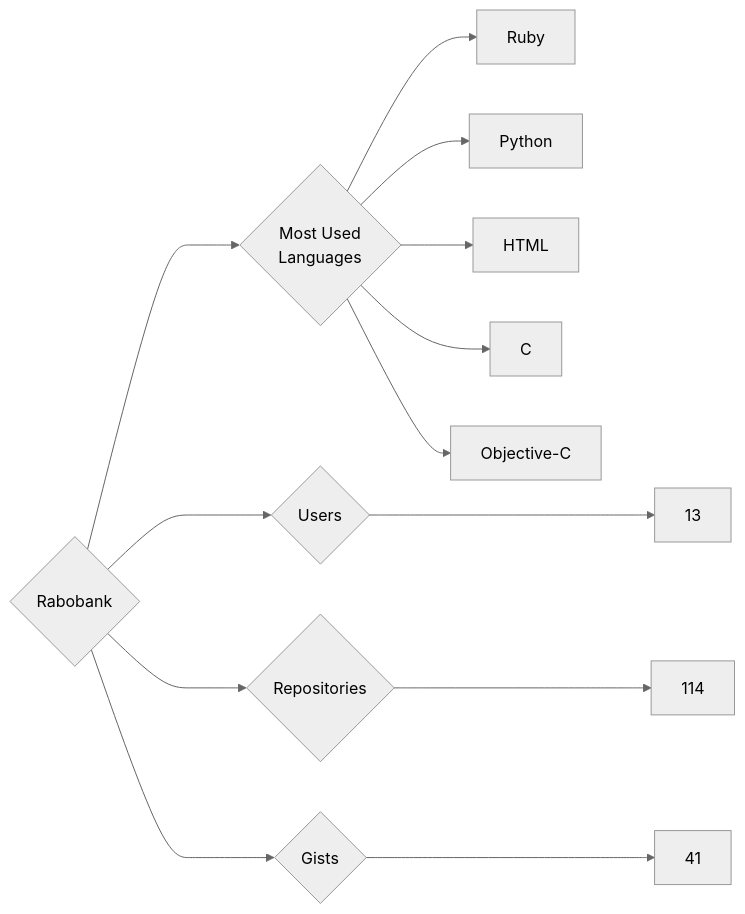
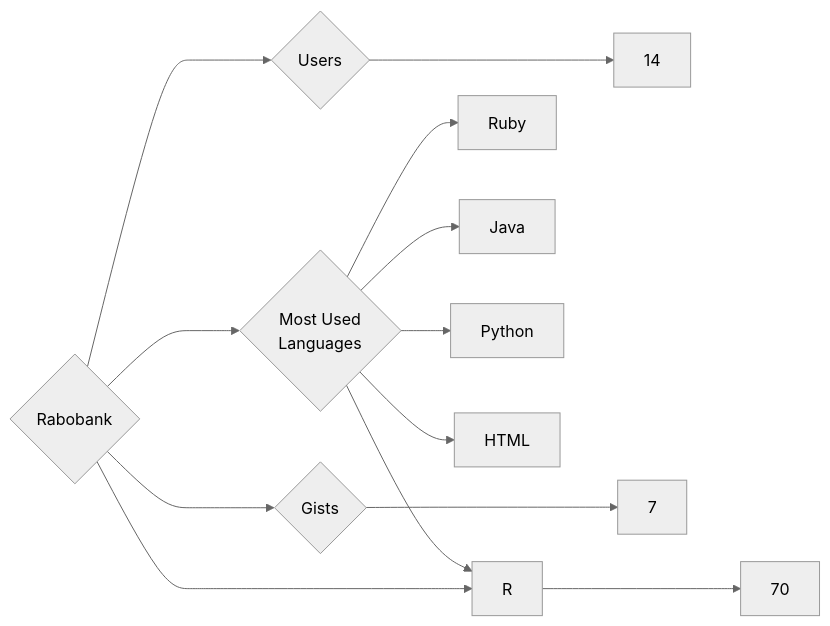
The diagram in targets/Rabobank/README.md (trickest/insiders), drawn with Mermaid (neutral theme) before and after one commit. The commit also changed 851 other files, not shown here.

````diff
--- a/targets/Rabobank/README.md
+++ b/targets/Rabobank/README.md
@@ -3,13 +3,13 @@
 ```mermaid
 graph LR
 COMPANY_NAME{Rabobank}
-COMPANY_NAME ---> U{Users} ---> UN[13]
-COMPANY_NAME ---> R{Repositories} ---> RN[114]
-COMPANY_NAME ---> G{Gists} ---> GN[41]
+COMPANY_NAME ---> U{Users} ---> UN[14]
+COMPANY_NAME ---> R{Repositories} ---> RN[70]
+COMPANY_NAME ---> G{Gists} ---> GN[7]
 COMPANY_NAME ---> ML{Most Used<br>Languages}
 ML --> Ruby[Ruby]
+ML --> Java[Java]
+ML --> R[R]
 ML --> Python[Python]
 ML --> HTML[HTML]
-ML --> C[C]
-ML --> Objective-C[Objective-C]
 ```
````
